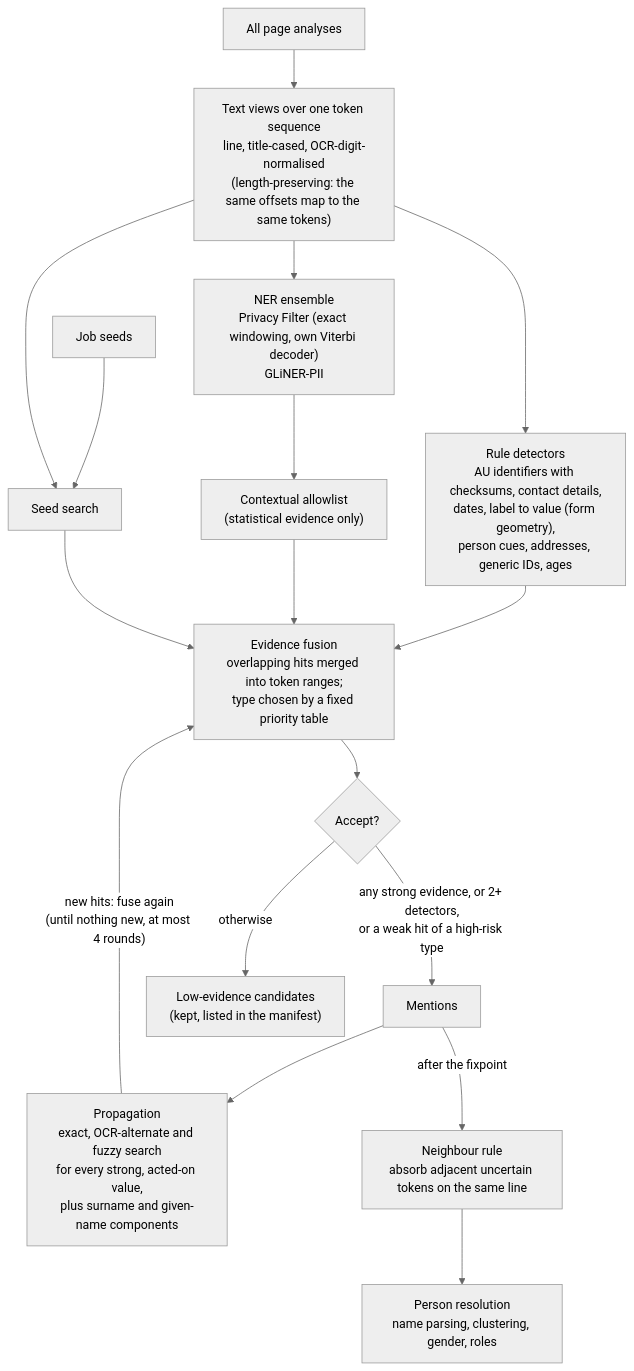
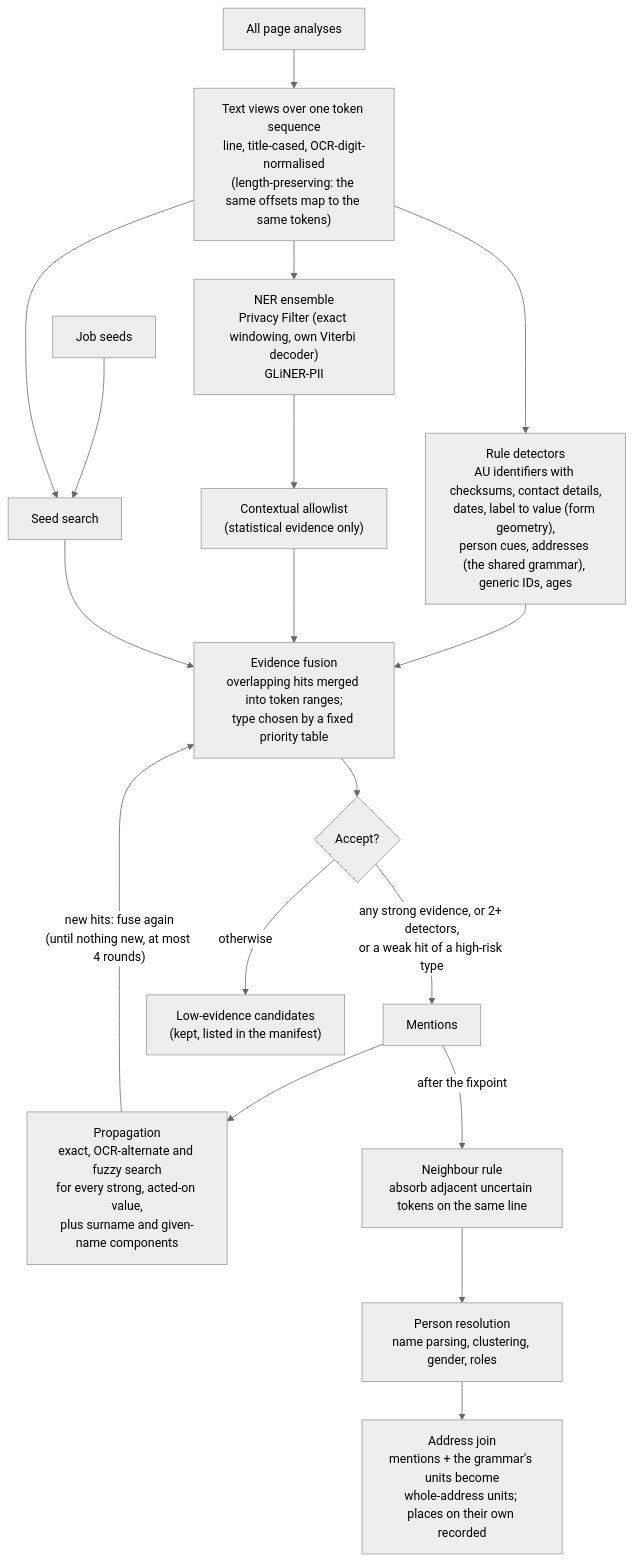
The fifth of 12 diagrams in backend/ARCHITECTURE.md (anshdeshwal31/redaction_tool_from_scratch_2), drawn with Mermaid (neutral theme) before and after one commit. The commit also changed other lines of this file and 5 other files, not shown here.

First line of the commit message:
docs: describe whole-address replacement

````diff
--- a/backend/ARCHITECTURE.md
+++ b/backend/ARCHITECTURE.md
@@ -195,20 +195,21 @@
 ```mermaid
 flowchart TD
   pages["All page analyses"] --> views["Text views over one token sequence<br/>line, title-cased, OCR-digit-normalised<br/>(length-preserving: the same offsets map to the same tokens)"]
-  views --> rules["Rule detectors<br/>AU identifiers with checksums, contact details,<br/>dates, label to value (form geometry),<br/>person cues, addresses, generic IDs, ages"]
+  views --> rules["Rule detectors<br/>AU identifiers with checksums, contact details,<br/>dates, label to value (form geometry),<br/>person cues, addresses (the shared grammar), generic IDs, ages"]
   views --> nerd["NER ensemble<br/>Privacy Filter (exact windowing, own Viterbi decoder)<br/>GLiNER-PII"]
   nerd --> allow["Contextual allowlist<br/>(statistical evidence only)"]
   seeds["Job seeds"] --> sp["Seed search"]
   views --> sp
   rules --> fuse
   allow --> fuse
   sp --> fuse
   fuse["Evidence fusion<br/>overlapping hits merged into token ranges;<br/>type chosen by a fixed priority table"]
   fuse --> acc{"Accept?"}
   acc -- "any strong evidence, or 2+ detectors,<br/>or a weak hit of a high-risk type" --> men["Mentions"]
   acc -- "otherwise" --> low["Low-evidence candidates<br/>(kept, listed in the manifest)"]
   men --> prop["Propagation<br/>exact, OCR-alternate and fuzzy search<br/>for every strong, acted-on value,<br/>plus surname and given-name components"]
   prop -- "new hits: fuse again<br/>(until nothing new, at most 4 rounds)" --> fuse
   men -- "after the fixpoint" --> ext["Neighbour rule<br/>absorb adjacent uncertain tokens on the same line"]
   ext --> persons["Person resolution<br/>name parsing, clustering, gender, roles"]
+  persons --> join["Address join<br/>mentions + the grammar's units become<br/>whole-address units; places on their own recorded"]
 ```
````
